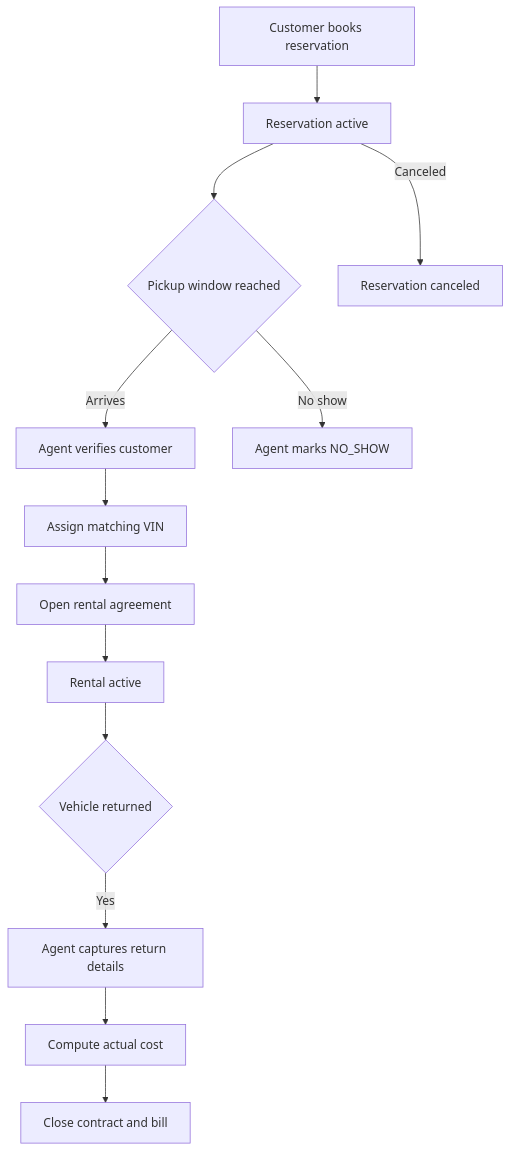
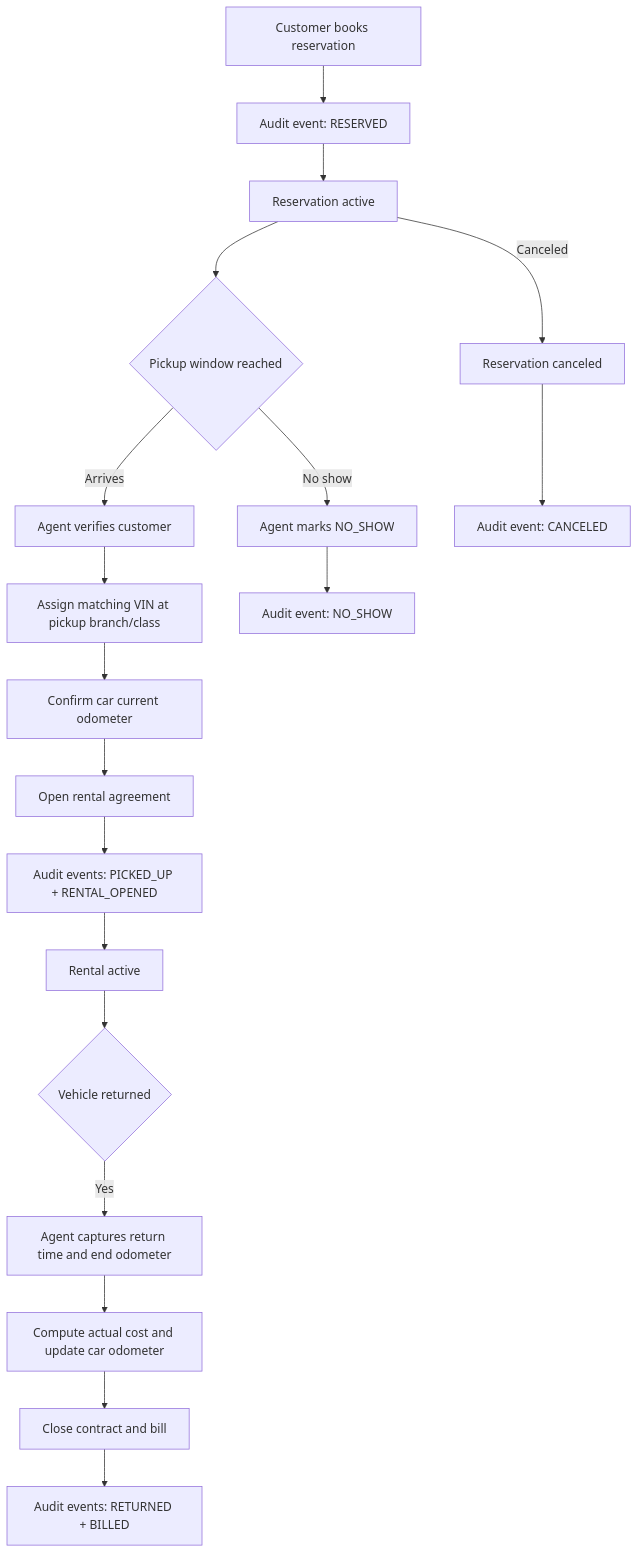
Before and after one commit to ga424/cs631_termproject: the diagram in docs/BPMN_WORKFLOWS.md, drawn with Mermaid. The commit also changed other lines of this file and 7 other files, not shown here.

Commit message:
feat: update documentation for rental car management system; enhance user journeys, ERD, and architecture details; add lifecycle event tracking and customer account management

````diff
--- a/docs/BPMN_WORKFLOWS.md
+++ b/docs/BPMN_WORKFLOWS.md
@@ -7,15 +7,21 @@
 ```mermaid
 flowchart TD
-    A[Customer books reservation] --> B[Reservation active]
+    A[Customer books reservation] --> A1[Audit event: RESERVED]
+    A1 --> B[Reservation active]
     B --> C{Pickup window reached}
     C -->|Arrives| D[Agent verifies customer]
-    D --> E[Assign matching VIN]
-    E --> F[Open rental agreement]
-    F --> G[Rental active]
-    G --> H{Vehicle returned}
-    H -->|Yes| I[Agent captures return details]
-    I --> J[Compute actual cost]
-    J --> K[Close contract and bill]
-    C -->|No show| L[Agent marks NO_SHOW]
-    B -->|Canceled| M[Reservation canceled]
+    D --> E[Assign matching VIN at pickup branch/class]
+    E --> F[Confirm car current odometer]
+    F --> G[Open rental agreement]
+    G --> G1[Audit events: PICKED_UP + RENTAL_OPENED]
+    G1 --> H[Rental active]
+    H --> I{Vehicle returned}
+    I -->|Yes| J[Agent captures return time and end odometer]
+    J --> K[Compute actual cost and update car odometer]
+    K --> L[Close contract and bill]
+    L --> L1[Audit events: RETURNED + BILLED]
+    C -->|No show| M[Agent marks NO_SHOW]
+    M --> M1[Audit event: NO_SHOW]
+    B -->|Canceled| N[Reservation canceled]
+    N --> N1[Audit event: CANCELED]
 ```
````
